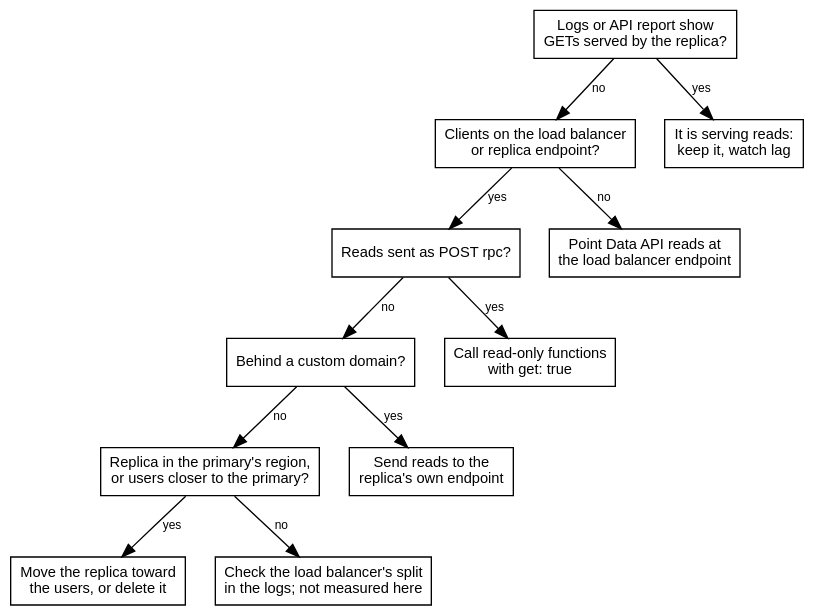
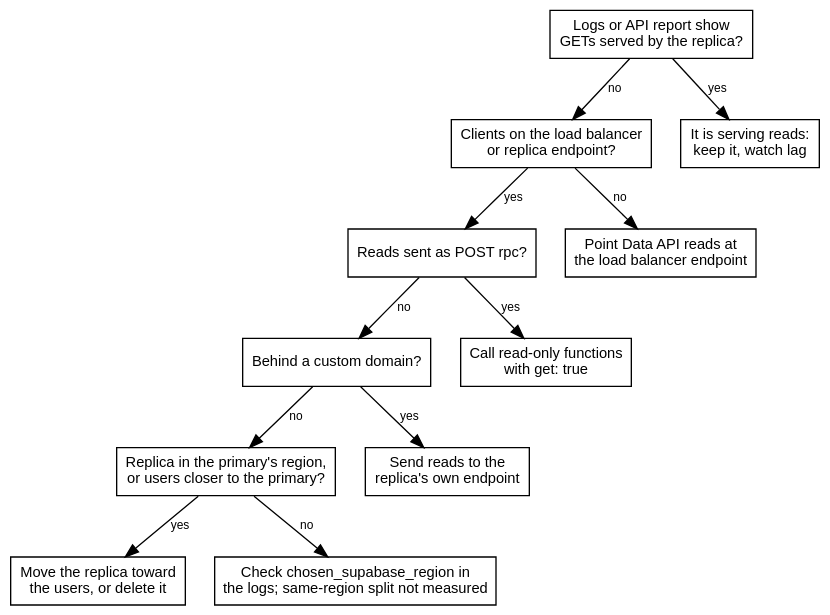
Before and after one commit to erfianugrah/lexicanum: the second of 2 diagrams in src/content/docs/reference/supabase-read-replicas.mdx, drawn with Graphviz. The commit also changed other lines of this file and 34 other files, not shown here.

````diff
--- a/src/content/docs/reference/supabase-read-replicas.mdx
+++ b/src/content/docs/reference/supabase-read-replicas.mdx
@@ -205,31 +307,31 @@
 ```dot
 digraph {
   rankdir=TB; bgcolor="transparent"; nodesep=0.3; ranksep=0.5;
   fontname="Helvetica,Arial,sans-serif";
   node [fontname="Helvetica,Arial,sans-serif", fontsize=11, shape=box];
   edge [fontname="Helvetica,Arial,sans-serif", fontsize=9];
 
   q1 [label="Logs or API report show\nGETs served by the replica?"];
   q2 [label="Clients on the load balancer\nor replica endpoint?"];
   q3 [label="Reads sent as POST rpc?"];
   q4 [label="Behind a custom domain?"];
   q5 [label="Replica in the primary's region,\nor users closer to the primary?"];
   ok [label="It is serving reads:\nkeep it, watch lag"];
   a2 [label="Point Data API reads at\nthe load balancer endpoint"];
   a3 [label="Call read-only functions\nwith get: true"];
   a4 [label="Send reads to the\nreplica's own endpoint"];
   a5 [label="Move the replica toward\nthe users, or delete it"];
-  a6 [label="Check the load balancer's split\nin the logs; not measured here"];
+  a6 [label="Check chosen_supabase_region in\nthe logs; same-region split not measured"];
 
   q1 -> ok [label="yes"];
   q1 -> q2 [label="no"];
   q2 -> a2 [label="no"];
   q2 -> q3 [label="yes"];
   q3 -> a3 [label="yes"];
   q3 -> q4 [label="no"];
   q4 -> a4 [label="yes"];
   q4 -> q5 [label="no"];
   q5 -> a5 [label="yes"];
   q5 -> a6 [label="no"];
 }
 ```
````
